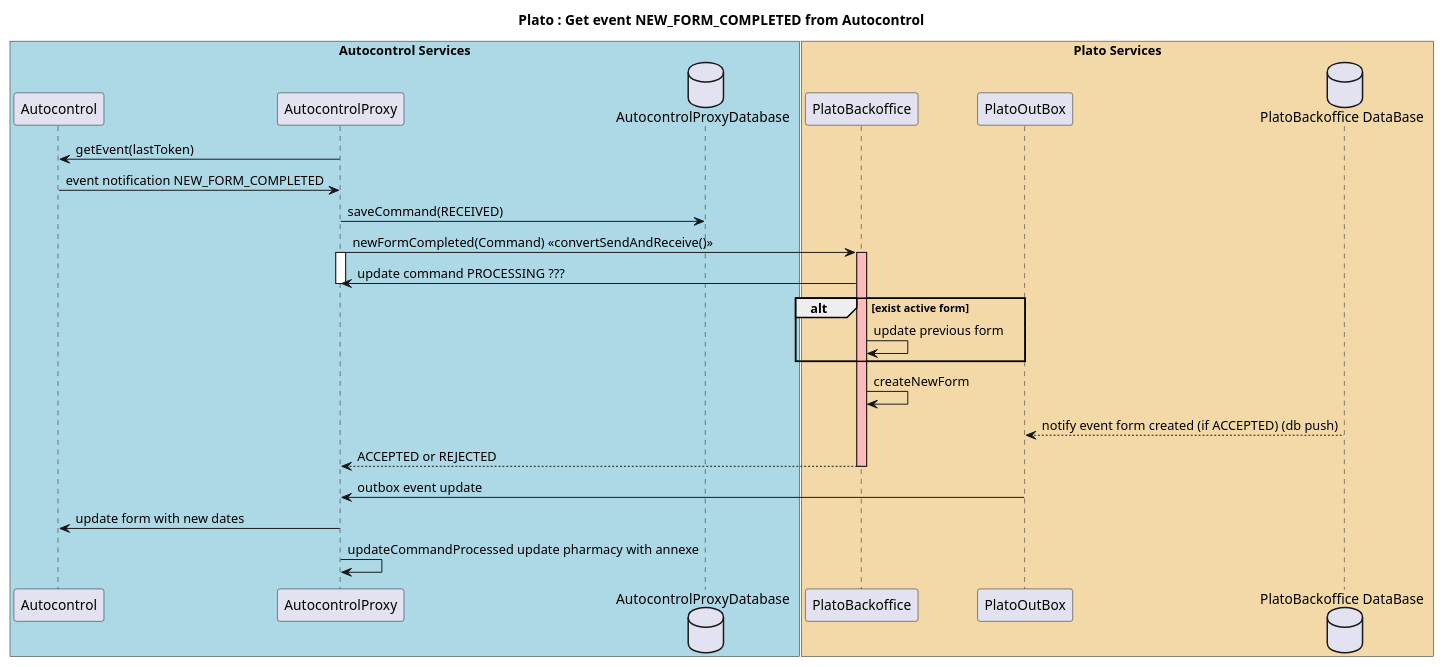
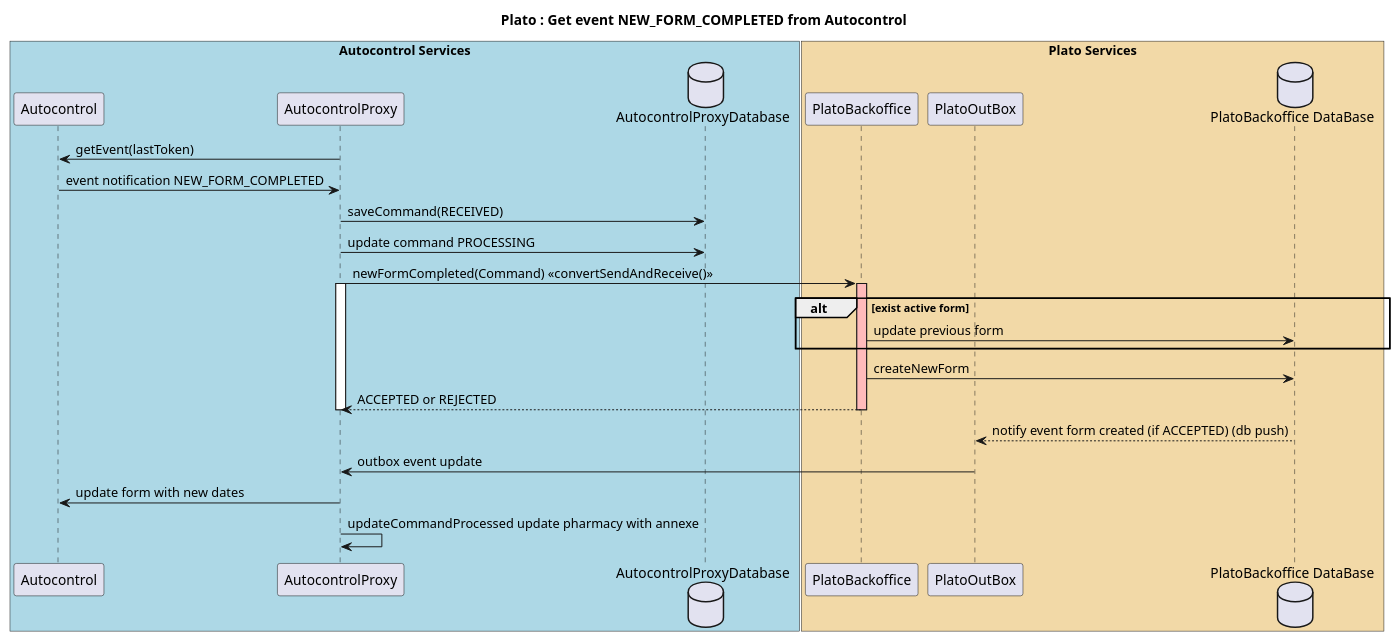
One commit to jv-it-io/archi-documentation changed the diagram in src/docs/asciidoc/architecture/plantuml/new_form_completed_autocontrolToPlato.puml. Above: the diagram before and after it, drawn with PlantUML. The commit also changed 4 other files, not shown here.

Commit message:
update diagram

```diff
--- a/src/docs/asciidoc/architecture/plantuml/new_form_completed_autocontrolToPlato.puml
+++ b/src/docs/asciidoc/architecture/plantuml/new_form_completed_autocontrolToPlato.puml
@@ -1,42 +1,40 @@
 @startuml
 title Plato : Get event NEW_FORM_COMPLETED from Autocontrol
 
 box "Autocontrol Services" #LightBlue
 participant Autocontrol
 participant AutocontrolProxy
 database AutocontrolProxyDatabase
 end box
 
 box "Plato Services" #f2d9a7
 participant PlatoBackoffice
 participant PlatoOutBox
 database "PlatoBackoffice DataBase"
 end box
 Autocontrol <- AutocontrolProxy: getEvent(lastToken)
 Autocontrol -> AutocontrolProxy: event notification NEW_FORM_COMPLETED
 AutocontrolProxy -> AutocontrolProxyDatabase: saveCommand(RECEIVED)
 
-
+AutocontrolProxy -> AutocontrolProxyDatabase: update command PROCESSING
 AutocontrolProxy -> PlatoBackoffice: newFormCompleted(Command) <<convertSendAndReceive()>>
 activate AutocontrolProxy
     activate PlatoBackoffice #FFBBBB
-    PlatoBackoffice -> AutocontrolProxy: update command PROCESSING ???
-
-deactivate AutocontrolProxy
 
     alt exist active form
-        PlatoBackoffice -> PlatoBackoffice: update previous form
+        PlatoBackoffice -> "PlatoBackoffice DataBase": update previous form
     end
-    PlatoBackoffice -> PlatoBackoffice: createNewForm
-    PlatoOutBox <-- "PlatoBackoffice DataBase" : notify event form created (if ACCEPTED) (db push)
+    PlatoBackoffice -> "PlatoBackoffice DataBase": createNewForm
     return ACCEPTED or REJECTED
     deactivate PlatoBackoffice
+deactivate AutocontrolProxy
+PlatoOutBox <-- "PlatoBackoffice DataBase" : notify event form created (if ACCEPTED) (db push)
 
 PlatoOutBox -> AutocontrolProxy: outbox event update
 
 AutocontrolProxy -> Autocontrol: update form with new dates
 
 AutocontrolProxy -> AutocontrolProxy : updateCommandProcessed update pharmacy with annexe
 
 
 @enduml
```
